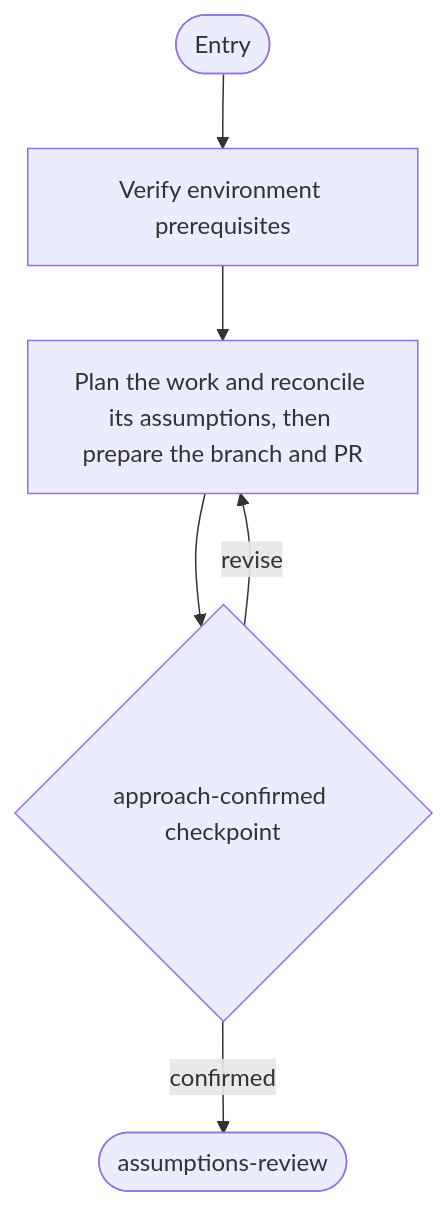
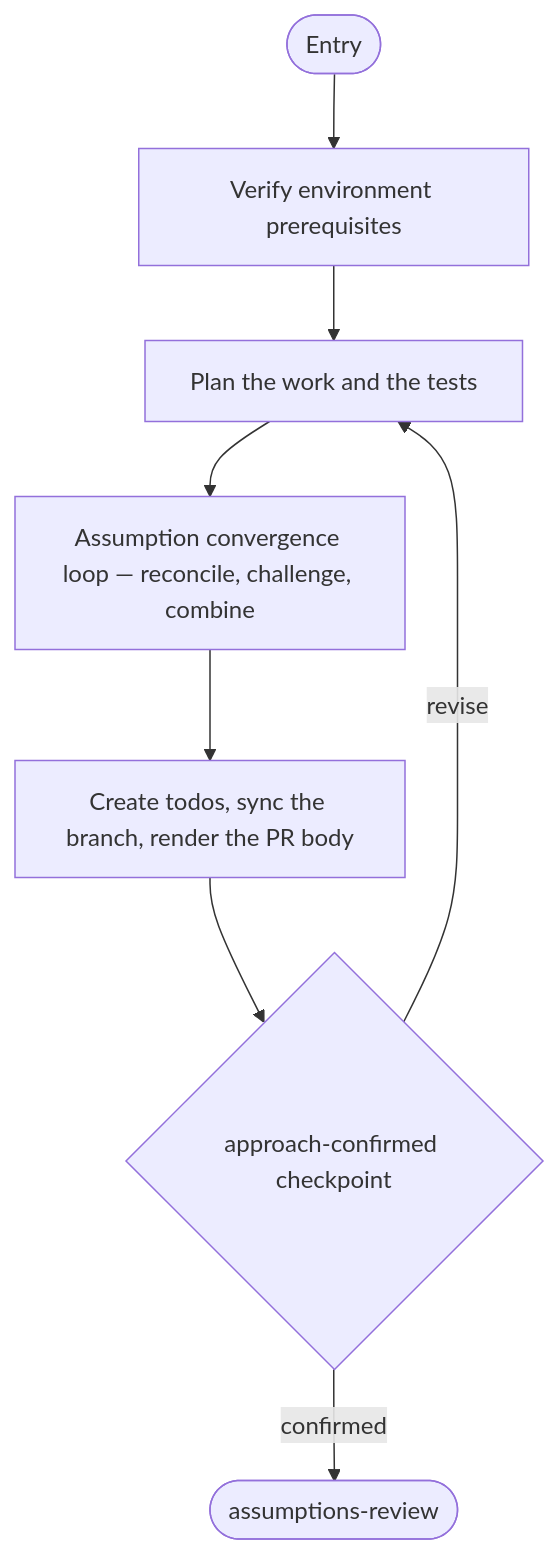
The seventh of 15 diagrams in work-package/activities/README.md (m2ux/workflow-server), drawn with Mermaid before and after one commit. The commit also changed other lines of this file and 1 other file, not shown here.

First line of the commit message:
Draw the workflow and activity diagrams from the binds

````diff
--- a/work-package/activities/README.md
+++ b/work-package/activities/README.md
@@ -183,8 +186,10 @@
 ```mermaid
 graph TD
     entryNode(["Entry"]) --> envPrereqs["Verify environment prerequisites"]
-    envPrereqs --> createPlan["Plan the work and reconcile its assumptions, then prepare the branch and PR"]
-    createPlan --> cpApproach{"approach-confirmed checkpoint"}
+    envPrereqs --> createPlan["Plan the work and the tests"]
+    createPlan --> converge["Assumption convergence loop — reconcile, challenge, combine"]
+    converge --> prepare["Create todos, sync the branch, render the PR body"]
+    prepare --> cpApproach{"approach-confirmed checkpoint"}
     cpApproach -->|"confirmed"| exitNode(["assumptions-review"])
     cpApproach -->|"revise"| createPlan
 ```
````
